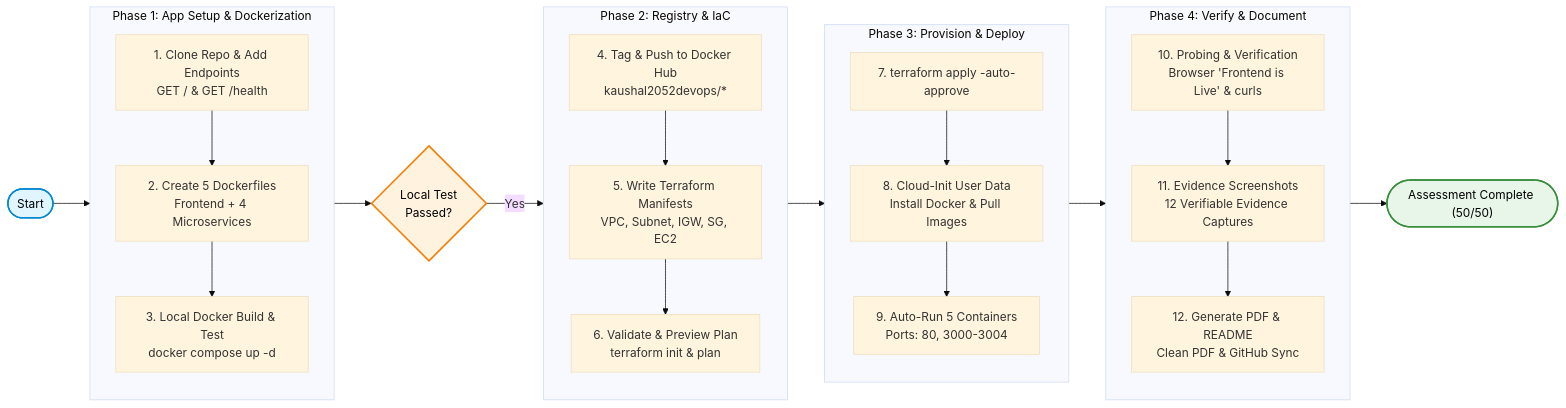
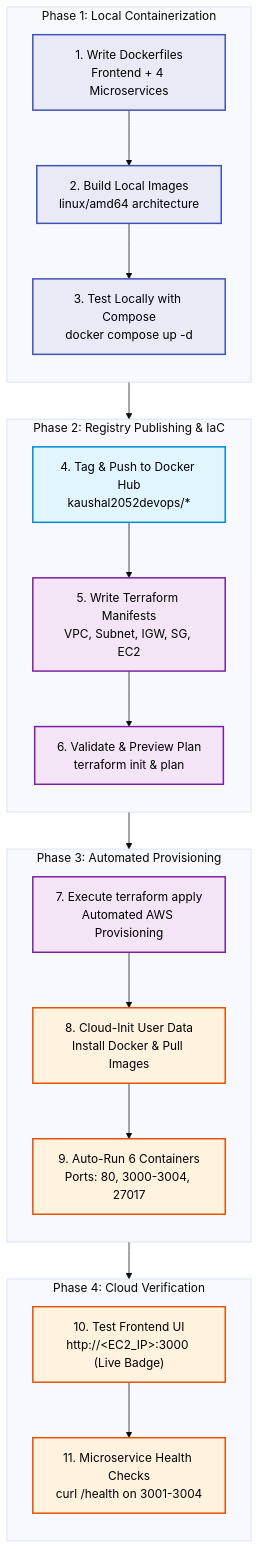
The second of 2 diagrams in README.md (kaushalpatil205/Deploy-a-Multi-Service-Node.js-E-Commerce-Application-Using-Terraform-and-Docker), drawn with Mermaid (base theme) before and after one commit. The commit also changed other lines of this file and 2 other files, not shown here.

Commit message:
docs: embed all 12 manual screenshots with detailed explanations, master command reference, and teardown instructions

````diff
--- a/README.md
+++ b/README.md
@@ -81,50 +79,40 @@
 ```mermaid
-flowchart LR
-    %% ─── Styling Classes ────────────────────────────────────────────
-    classDef startend fill:#e1f5fe,stroke:#0288d1,stroke-width:2px,color:#000
-    classDef check    fill:#fff3e0,stroke:#f57c00,stroke-width:2px,color:#000
-    classDef success  fill:#e8f5e9,stroke:#388e3c,stroke-width:2px,color:#000
+flowchart TD
+    classDef dev fill:#e8eaf6,stroke:#3f51b5,stroke-width:2px,color:#000
+    classDef hub fill:#e1f5fe,stroke:#0288d1,stroke-width:2px,color:#000
+    classDef tf  fill:#f3e5f5,stroke:#7b1fa2,stroke-width:2px,color:#000
+    classDef aws fill:#fff3e0,stroke:#e65100,stroke-width:2px,color:#000
 
-    Start(["Start"]):::startend --> P1
-    
-    subgraph P1 ["Phase 1: App Setup & Dockerization"]
+    subgraph P1 ["Phase 1: Local Containerization"]
         direction TB
-        A1["1. Clone Repo & Add Endpoints<br>GET / & GET /health"]
-        A2["2. Create 5 Dockerfiles<br>Frontend + 4 Microservices"]
-        A3["3. Local Docker Build & Test<br>docker compose up -d"]
+        A1["1. Write Dockerfiles<br>Frontend + 4 Microservices"]:::dev
+        A2["2. Build Local Images<br>linux/amd64 architecture"]:::dev
+        A3["3. Test Locally with Compose<br>docker compose up -d"]:::dev
         A1 --> A2 --> A3
     end
 
-    P1 --> C1{"Local Test<br>Passed?"}:::check
-    C1 -- Yes --> P2
-
-    subgraph P2 ["Phase 2: Registry & IaC"]
+    subgraph P2 ["Phase 2: Registry Publishing & IaC"]
         direction TB
-        B1["4. Tag & Push to Docker Hub<br>kaushal2052devops/*"]
-        B2["5. Write Terraform Manifests<br>VPC, Subnet, IGW, SG, EC2"]
-        B3["6. Validate & Preview Plan<br>terraform init & plan"]
+        B1["4. Tag & Push to Docker Hub<br>kaushal2052devops/*"]:::hub
+        B2["5. Write Terraform Manifests<br>VPC, Subnet, IGW, SG, EC2"]:::tf
+        B3["6. Validate & Preview Plan<br>terraform init & plan"]:::tf
         B1 --> B2 --> B3
     end
 
-    P2 --> P3
-
-    subgraph P3 ["Phase 3: Provision & Deploy"]
+    subgraph P3 ["Phase 3: Automated Provisioning"]
         direction TB
-        D1["7. terraform apply -auto-approve"]
-        D2["8. Cloud-Init User Data<br>Install Docker & Pull Images"]
-        D3["9. Auto-Run 5 Containers<br>Ports: 80, 3000-3004"]
-        D1 --> D2 --> D3
+        C1["7. Execute terraform apply<br>Automated AWS Provisioning"]:::tf
+        C2["8. Cloud-Init User Data<br>Install Docker & Pull Images"]:::aws
+        C3["9. Auto-Run 6 Containers<br>Ports: 80, 3000-3004, 27017"]:::aws
+        C1 --> C2 --> C3
     end
 
-    P3 --> P4
-
-    subgraph P4 ["Phase 4: Verify & Document"]
+    subgraph P4 ["Phase 4: Cloud Verification"]
         direction TB
-        E1["10. Probing & Verification<br>Browser 'Frontend is Live' & curls"]
-        E2["11. Evidence Screenshots<br>12 Verifiable Evidence Captures"]
-        E3["12. Generate PDF & README<br>Clean PDF & GitHub Sync"]
-        E1 --> E2 --> E3
+        D1["10. Test Frontend UI<br>http://&lt;EC2_IP&gt;:3000 (Live Badge)"]:::aws
+        D2["11. Microservice Health Checks<br>curl /health on 3001-3004"]:::aws
+        D1 --> D2
     end
 
-    P4 --> Done(["Assessment Complete (50/50)"]):::success
+    P1 --> P2 --> P3 --> P4
 ```
````
